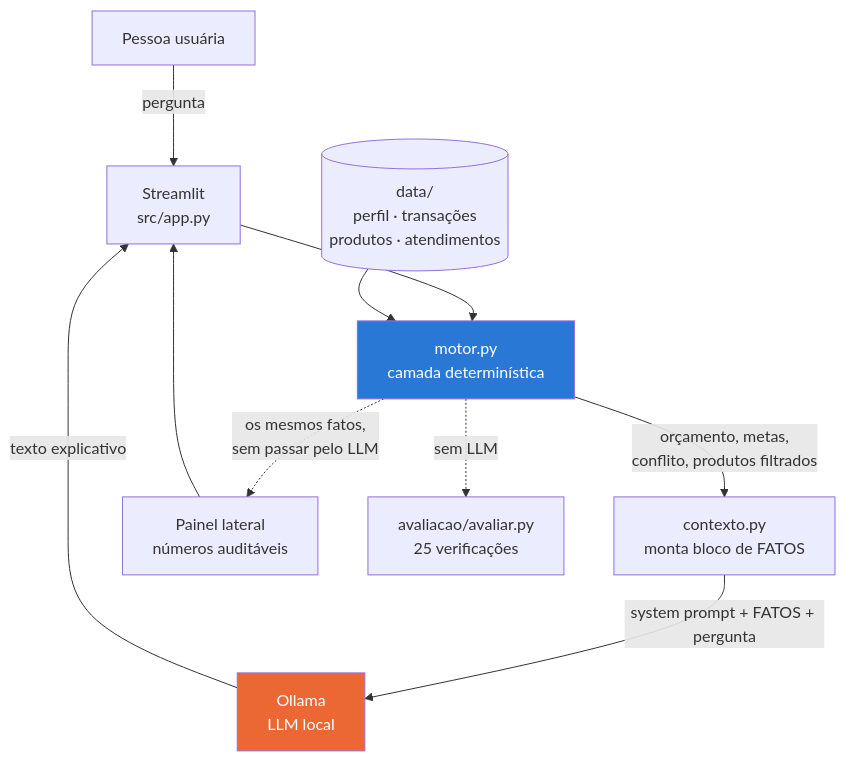
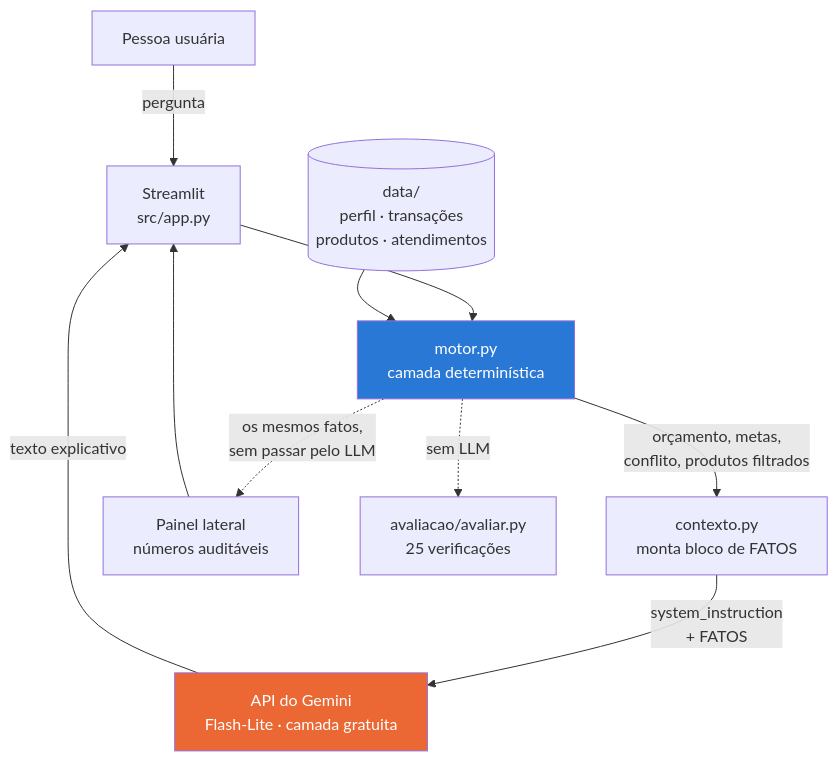
The diagram in docs/01-documentacao-agente.md (AndressaCristiny/rumo-assistente-metas-financeiras), drawn with Mermaid before and after one commit. The commit also changed other lines of this file and 3 other files, not shown here.

Commit message:
Atualiza a documentacao para a API do Gemini

````diff
--- a/docs/01-documentacao-agente.md
+++ b/docs/01-documentacao-agente.md
@@ -80,19 +80,19 @@
 ```mermaid
 flowchart TD
     A[Pessoa usuária] -->|pergunta| B[Streamlit<br/>src/app.py]
     B --> C[motor.py<br/>camada determinística]
 
     D[(data/<br/>perfil · transações<br/>produtos · atendimentos)] --> C
 
     C -->|orçamento, metas,<br/>conflito, produtos filtrados| E[contexto.py<br/>monta bloco de FATOS]
-    E -->|system prompt + FATOS + pergunta| F[Ollama<br/>LLM local]
+    E -->|system_instruction<br/>+ FATOS| F[API do Gemini<br/>Flash-Lite · camada gratuita]
     F -->|texto explicativo| B
 
     C -.->|os mesmos fatos,<br/>sem passar pelo LLM| G[Painel lateral<br/>números auditáveis]
     G --> B
 
     C -.->|sem LLM| H[avaliacao/avaliar.py<br/>25 verificações]
 
     style C fill:#2a78d6,color:#fff
     style F fill:#eb6834,color:#fff
 ```
````
